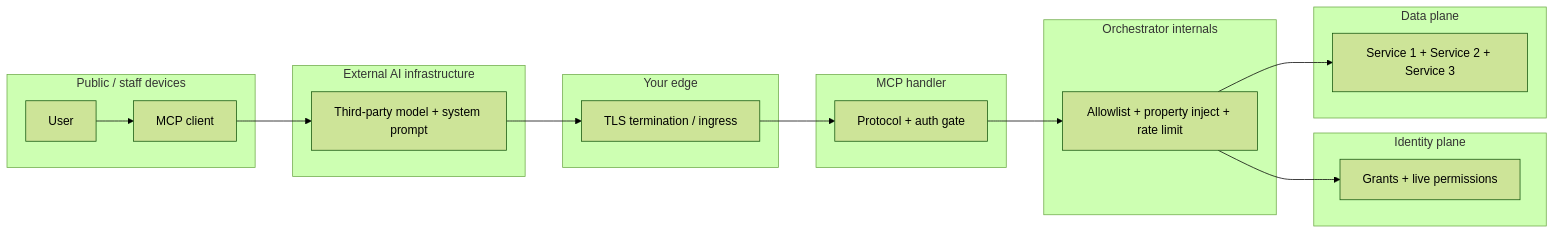
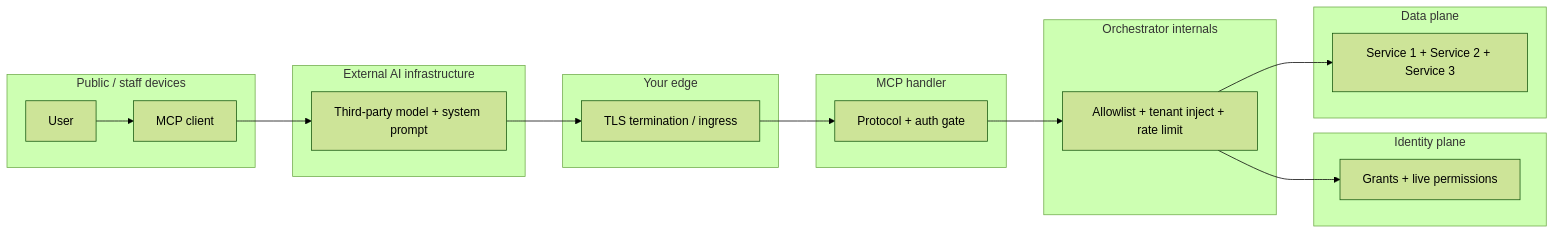
Before and after one commit to sahsisunny/Personal-Portfolio: the sixth of 10 diagrams in content/blog/hotel-pms-mcp-tool-server.mdx, drawn with Mermaid (forest theme). The commit also changed other lines of this file and 7 other files, not shown here.

````diff
--- a/content/blog/hotel-pms-mcp-tool-server.mdx
+++ b/content/blog/hotel-pms-mcp-tool-server.mdx
@@ -224,28 +227,28 @@
 ```mermaid
 flowchart LR
   subgraph TB0["Public / staff devices"]
     U["User"]
     CL["MCP client"]
   end
   subgraph TB1["External AI infrastructure"]
     MOD["Third-party model + system prompt"]
   end
   subgraph TB2["Your edge"]
     LB["TLS termination / ingress"]
   end
   subgraph TB3["MCP handler"]
     H["Protocol + auth gate"]
   end
   subgraph TB4["Orchestrator internals"]
-    FIL["Allowlist + property inject + rate limit"]
+    FIL["Allowlist + tenant inject + rate limit"]
   end
   subgraph TB5["Identity plane"]
     ID["Grants + live permissions"]
   end
   subgraph TB6["Data plane"]
     DATA["Service 1 + Service 2 + Service 3"]
   end
 
   U --> CL --> MOD --> LB --> H --> FIL --> ID
   FIL --> DATA
 ```
````
